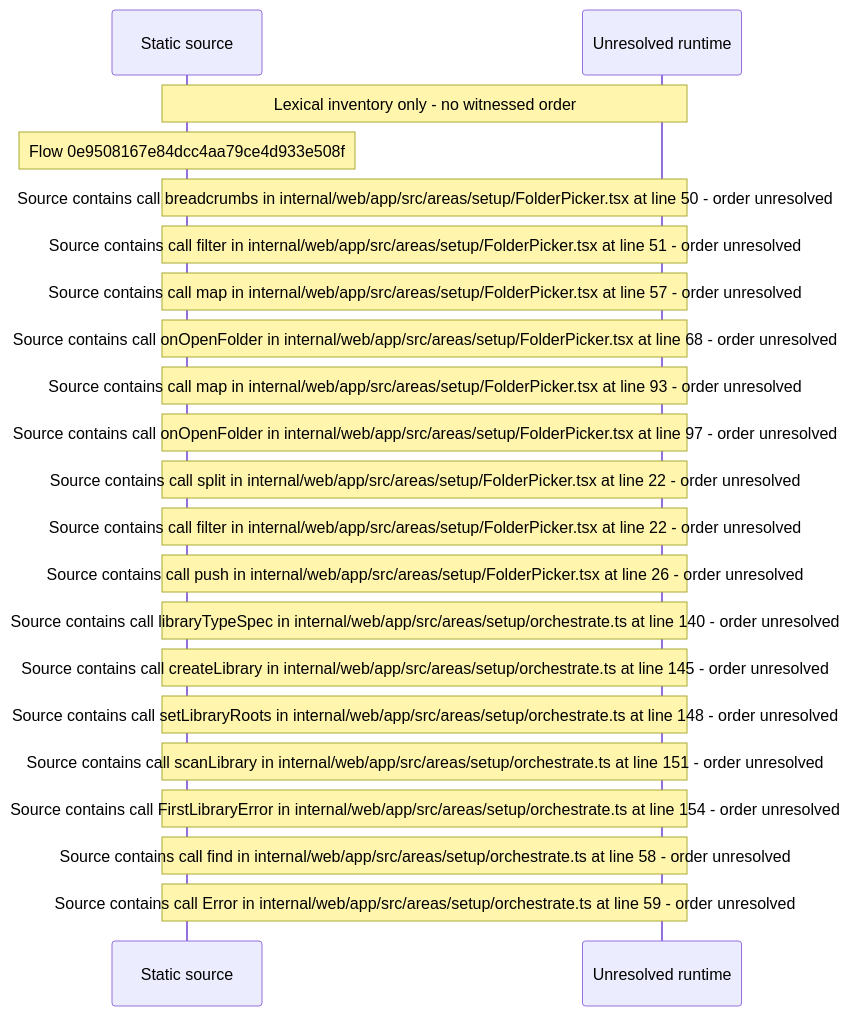
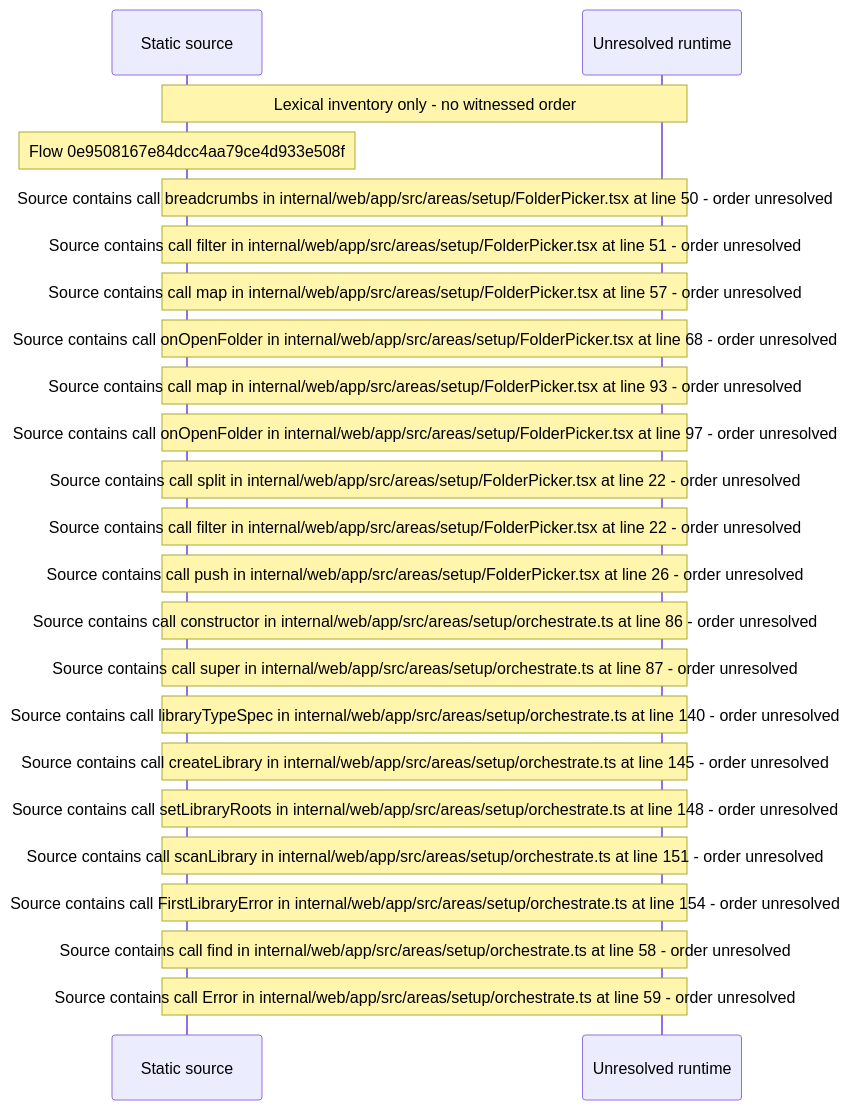
The diagram in docs/web/flows/generated/0e9508167e84dcc4aa79ce4d933e508f/flow-diagram.md (beamfall/core), drawn with Mermaid before and after one commit. The commit also changed other lines of this file and 707 other files, not shown here.

Commit message:
Regenerate the web flow record with flow generator version 6

````diff
--- a/docs/web/flows/generated/0e9508167e84dcc4aa79ce4d933e508f/flow-diagram.md
+++ b/docs/web/flows/generated/0e9508167e84dcc4aa79ce4d933e508f/flow-diagram.md
@@ -10,23 +10,25 @@
 ```mermaid
 sequenceDiagram
     participant S as Static source
     participant U as Unresolved runtime
     Note over S,U: Lexical inventory only - no witnessed order
     Note over S: Flow 0e9508167e84dcc4aa79ce4d933e508f
     Note over S,U: Source contains call breadcrumbs in internal/web/app/src/areas/setup/FolderPicker.tsx at line 50 - order unresolved
     Note over S,U: Source contains call filter in internal/web/app/src/areas/setup/FolderPicker.tsx at line 51 - order unresolved
     Note over S,U: Source contains call map in internal/web/app/src/areas/setup/FolderPicker.tsx at line 57 - order unresolved
     Note over S,U: Source contains call onOpenFolder in internal/web/app/src/areas/setup/FolderPicker.tsx at line 68 - order unresolved
     Note over S,U: Source contains call map in internal/web/app/src/areas/setup/FolderPicker.tsx at line 93 - order unresolved
     Note over S,U: Source contains call onOpenFolder in internal/web/app/src/areas/setup/FolderPicker.tsx at line 97 - order unresolved
     Note over S,U: Source contains call split in internal/web/app/src/areas/setup/FolderPicker.tsx at line 22 - order unresolved
     Note over S,U: Source contains call filter in internal/web/app/src/areas/setup/FolderPicker.tsx at line 22 - order unresolved
     Note over S,U: Source contains call push in internal/web/app/src/areas/setup/FolderPicker.tsx at line 26 - order unresolved
+    Note over S,U: Source contains call constructor in internal/web/app/src/areas/setup/orchestrate.ts at line 86 - order unresolved
+    Note over S,U: Source contains call super in internal/web/app/src/areas/setup/orchestrate.ts at line 87 - order unresolved
     Note over S,U: Source contains call libraryTypeSpec in internal/web/app/src/areas/setup/orchestrate.ts at line 140 - order unresolved
     Note over S,U: Source contains call createLibrary in internal/web/app/src/areas/setup/orchestrate.ts at line 145 - order unresolved
     Note over S,U: Source contains call setLibraryRoots in internal/web/app/src/areas/setup/orchestrate.ts at line 148 - order unresolved
     Note over S,U: Source contains call scanLibrary in internal/web/app/src/areas/setup/orchestrate.ts at line 151 - order unresolved
     Note over S,U: Source contains call FirstLibraryError in internal/web/app/src/areas/setup/orchestrate.ts at line 154 - order unresolved
     Note over S,U: Source contains call find in internal/web/app/src/areas/setup/orchestrate.ts at line 58 - order unresolved
     Note over S,U: Source contains call Error in internal/web/app/src/areas/setup/orchestrate.ts at line 59 - order unresolved
 ```
````
